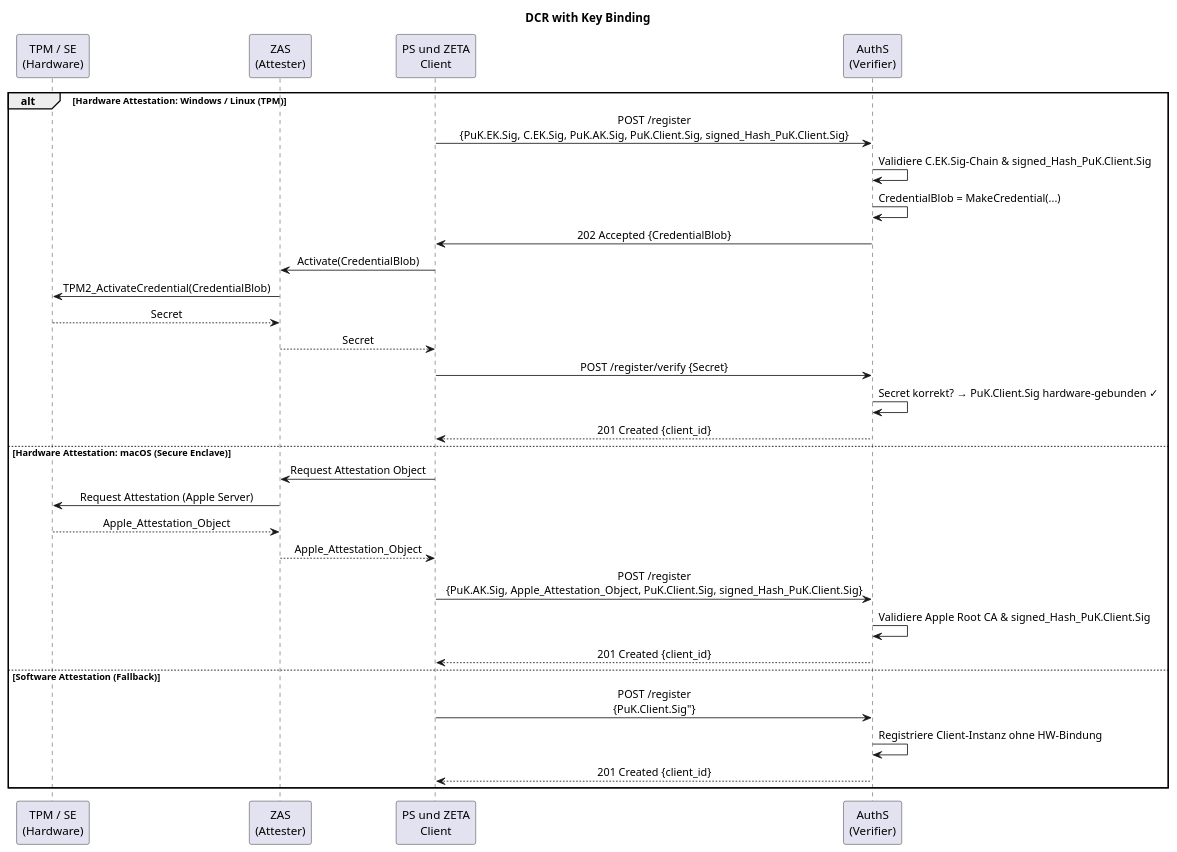
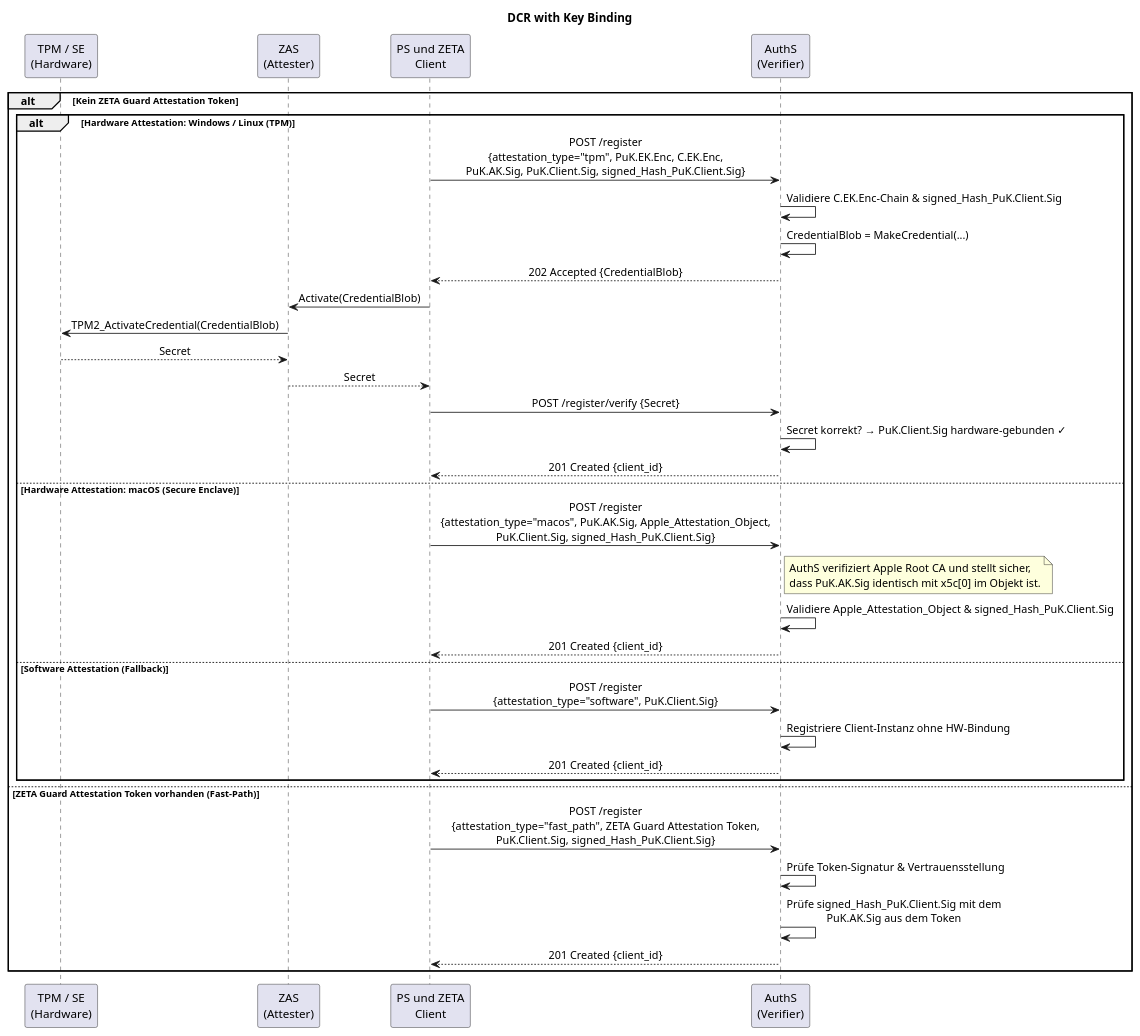
Before and after one commit to gematik/zeta: the diagram in src/plantuml/tmp/attestation-flows/dcr-with-key-binding.puml, drawn with PlantUML. The commit also changed 2 other files, not shown here.

Commit message:
refactor: update attestation flow diagrams to include ZETA Guard fast-path and standardize key terminology.

```diff
--- a/src/plantuml/tmp/attestation-flows/dcr-with-key-binding.puml
+++ b/src/plantuml/tmp/attestation-flows/dcr-with-key-binding.puml
@@ -1,41 +1,45 @@
 @startuml "dcr-with-key-binding"
 skinparam sequenceMessageAlign center
 title DCR with Key Binding
 
 participant "TPM / SE\n(Hardware)" as TPM
 participant "ZAS\n(Attester)" as ZAS
 participant "PS und ZETA\nClient" as Client
 participant "AuthS\n(Verifier)" as AuthS
 
-alt Hardware Attestation: Windows / Linux (TPM)
-    Client -> AuthS: POST /register\n{PuK.EK.Sig, C.EK.Sig, PuK.AK.Sig, PuK.Client.Sig, signed_Hash_PuK.Client.Sig}
-    AuthS -> AuthS: Validiere C.EK.Sig-Chain & signed_Hash_PuK.Client.Sig
-    AuthS -> AuthS: CredentialBlob = MakeCredential(...)
-    AuthS -> Client: 202 Accepted {CredentialBlob}
+alt Kein ZETA Guard Attestation Token
+    alt Hardware Attestation: Windows / Linux (TPM)
+        Client -> AuthS: POST /register\n{attestation_type="tpm", PuK.EK.Enc, C.EK.Enc,\nPuK.AK.Sig, PuK.Client.Sig, signed_Hash_PuK.Client.Sig}
+        AuthS -> AuthS: Validiere C.EK.Enc-Chain & signed_Hash_PuK.Client.Sig
+        AuthS -> AuthS: CredentialBlob = MakeCredential(...)
+        AuthS --> Client: 202 Accepted {CredentialBlob}
 
-    Client -> ZAS: Activate(CredentialBlob)
-    ZAS -> TPM: TPM2_ActivateCredential(CredentialBlob)
-    TPM --> ZAS: Secret
-    ZAS --> Client: Secret
+        Client -> ZAS: Activate(CredentialBlob)
+        ZAS -> TPM: TPM2_ActivateCredential(CredentialBlob)
+        TPM --> ZAS: Secret
+        ZAS --> Client: Secret
 
-    Client -> AuthS: POST /register/verify {Secret}
-    AuthS -> AuthS: Secret korrekt? → PuK.Client.Sig hardware-gebunden ✓
-    AuthS --> Client: 201 Created {client_id}
+        Client -> AuthS: POST /register/verify {Secret}
+        AuthS -> AuthS: Secret korrekt? → PuK.Client.Sig hardware-gebunden ✓
+        AuthS --> Client: 201 Created {client_id}
 
-else Hardware Attestation: macOS (Secure Enclave)
-    Client -> ZAS: Request Attestation Object
-    ZAS -> TPM: Request Attestation (Apple Server)
-    TPM --> ZAS: Apple_Attestation_Object
-    ZAS --> Client: Apple_Attestation_Object
-    
-    Client -> AuthS: POST /register\n{PuK.AK.Sig, Apple_Attestation_Object, PuK.Client.Sig, signed_Hash_PuK.Client.Sig}
-    AuthS -> AuthS: Validiere Apple Root CA & signed_Hash_PuK.Client.Sig
-    AuthS --> Client: 201 Created {client_id}
+    else Hardware Attestation: macOS (Secure Enclave)
+        Client -> AuthS: POST /register\n{attestation_type="macos", PuK.AK.Sig, Apple_Attestation_Object,\nPuK.Client.Sig, signed_Hash_PuK.Client.Sig}
+        note right of AuthS: AuthS verifiziert Apple Root CA und stellt sicher,\ndass PuK.AK.Sig identisch mit x5c[0] im Objekt ist.
+        AuthS -> AuthS: Validiere Apple_Attestation_Object & signed_Hash_PuK.Client.Sig
+        AuthS --> Client: 201 Created {client_id}
 
-else Software Attestation (Fallback)
-    Client -> AuthS: POST /register\n{PuK.Client.Sig"}
-    AuthS -> AuthS: Registriere Client-Instanz ohne HW-Bindung
+    else Software Attestation (Fallback)
+        Client -> AuthS: POST /register\n{attestation_type="software", PuK.Client.Sig}
+        AuthS -> AuthS: Registriere Client-Instanz ohne HW-Bindung
+        AuthS --> Client: 201 Created {client_id}
+    end
+
+else ZETA Guard Attestation Token vorhanden (Fast-Path)
+    Client -> AuthS: POST /register\n{attestation_type="fast_path", ZETA Guard Attestation Token,\nPuK.Client.Sig, signed_Hash_PuK.Client.Sig}
+    AuthS -> AuthS: Prüfe Token-Signatur & Vertrauensstellung
+    AuthS -> AuthS: Prüfe signed_Hash_PuK.Client.Sig mit dem\nPuK.AK.Sig aus dem Token
     AuthS --> Client: 201 Created {client_id}
 end
 
 @enduml
```
